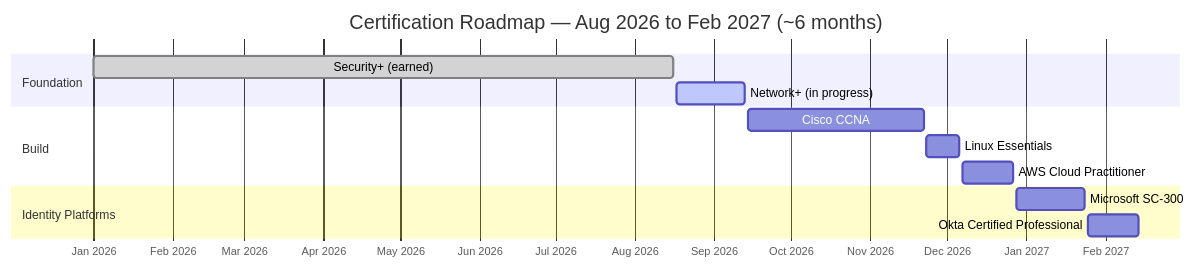
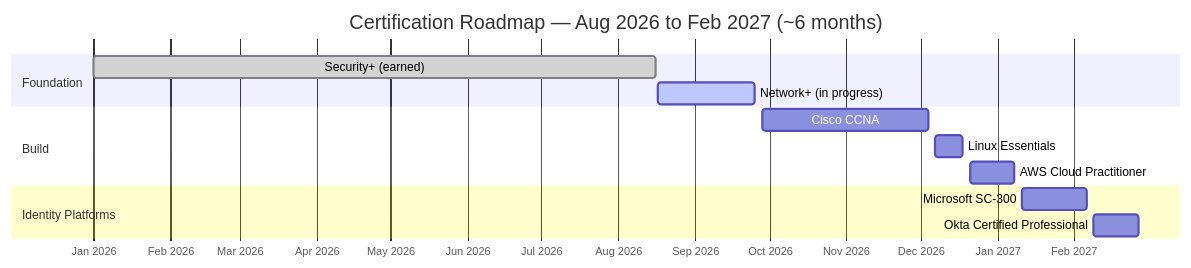
One commit to AntonLesl/homelab-portfolio changed the second of 2 diagrams in ROADMAP.md. Above: the diagram before and after it, drawn with Mermaid. The commit also changed other lines of this file and 2 other files, not shown here.

Commit message:
Rebuild Network+ schedule to cover all 87 Messer videos, Mon-Fri only; cascade dates through roadmap docs

````diff
--- a/ROADMAP.md
+++ b/ROADMAP.md
@@ -47,20 +47,20 @@
 ```mermaid
 gantt
     title Certification Roadmap — Aug 2026 to Feb 2027 (~6 months)
     dateFormat YYYY-MM-DD
     axisFormat %b %Y
     todayMarker on
 
     section Foundation
     Security+ (earned)                 :done, sec, 2026-01-01, 2026-08-16
-    Network+ (in progress)             :active, net, 2026-08-17, 2026-09-13
+    Network+ (in progress)             :active, net, 2026-08-17, 2026-09-25
 
     section Build
-    Cisco CCNA                         :ccna, 2026-09-14, 2026-11-22
-    Linux Essentials                   :linux, 2026-11-23, 2026-12-06
-    AWS Cloud Practitioner             :aws, 2026-12-07, 2026-12-27
+    Cisco CCNA                         :ccna, 2026-09-28, 2026-12-04
+    Linux Essentials                   :linux, 2026-12-07, 2026-12-18
+    AWS Cloud Practitioner             :aws, 2026-12-21, 2027-01-08
 
     section Identity Platforms
-    Microsoft SC-300                   :sc300, 2026-12-28, 2027-01-24
-    Okta Certified Professional        :okta, 2027-01-25, 2027-02-14
+    Microsoft SC-300                   :sc300, 2027-01-11, 2027-02-06
+    Okta Certified Professional        :okta, 2027-02-09, 2027-02-27
 ```
````
